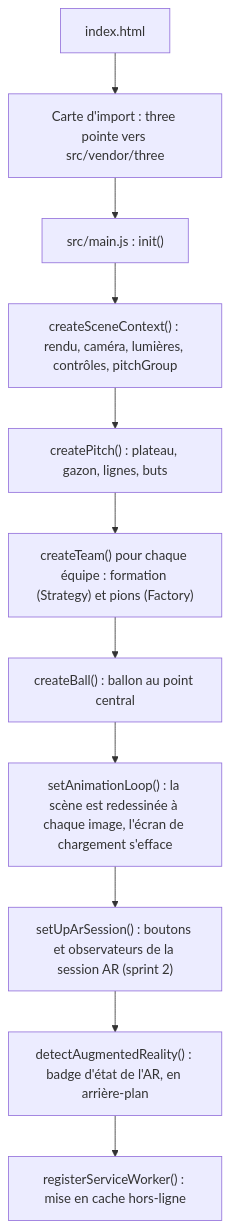
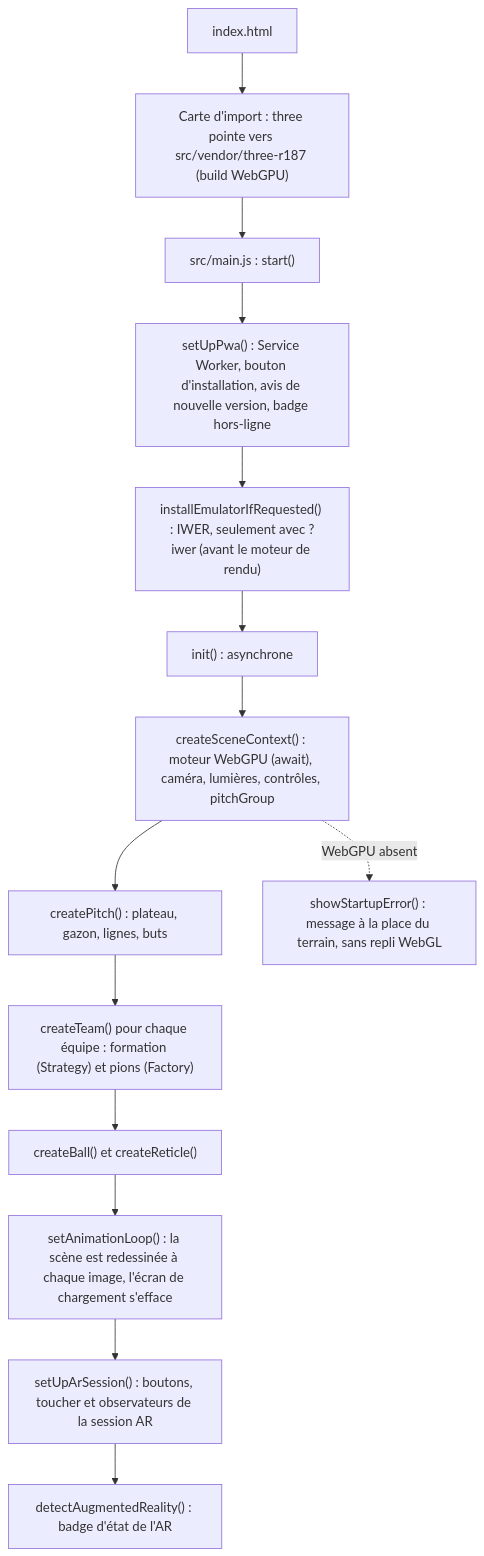
Before and after one commit to bilelkhlif/footballsimulator: the first of 4 diagrams in docs/guide-du-code.md, drawn with Mermaid. The commit also changed other lines of this file and 9 other files, not shown here.

First line of the commit message:
Documente le sprint 3 : WebGPU, boucle de rendu, surface réelle et PWA

````diff
--- a/docs/guide-du-code.md
+++ b/docs/guide-du-code.md
@@ -25,13 +27,16 @@
 ```mermaid
 flowchart TD
-  A["index.html"] --> B["Carte d'import : three pointe vers src/vendor/three"]
-  B --> C["src/main.js : init()"]
-  C --> D["createSceneContext() : rendu, caméra, lumières, contrôles, pitchGroup"]
+  A["index.html"] --> B["Carte d'import : three pointe vers src/vendor/three-r187 (build WebGPU)"]
+  B --> C["src/main.js : start()"]
+  C --> P["setUpPwa() : Service Worker, bouton d'installation, avis de nouvelle version, badge hors-ligne"]
+  P --> EM["installEmulatorIfRequested() : IWER, seulement avec ?iwer (avant le moteur de rendu)"]
+  EM --> I0["init() : asynchrone"]
+  I0 --> D["createSceneContext() : moteur WebGPU (await), caméra, lumières, contrôles, pitchGroup"]
   D --> E["createPitch() : plateau, gazon, lignes, buts"]
   E --> F["createTeam() pour chaque équipe : formation (Strategy) et pions (Factory)"]
-  F --> G["createBall() : ballon au point central"]
+  F --> G["createBall() et createReticle()"]
   G --> H["setAnimationLoop() : la scène est redessinée à chaque image, l'écran de chargement s'efface"]
-  H --> H2["setUpArSession() : boutons et observateurs de la session AR (sprint 2)"]
-  H2 --> I["detectAugmentedReality() : badge d'état de l'AR, en arrière-plan"]
-  I --> J["registerServiceWorker() : mise en cache hors-ligne"]
+  H --> H2["setUpArSession() : boutons, toucher et observateurs de la session AR"]
+  H2 --> I["detectAugmentedReality() : badge d'état de l'AR"]
+  D -. "WebGPU absent" .-> X["showStartupError() : message à la place du terrain, sans repli WebGL"]
 ```
````
